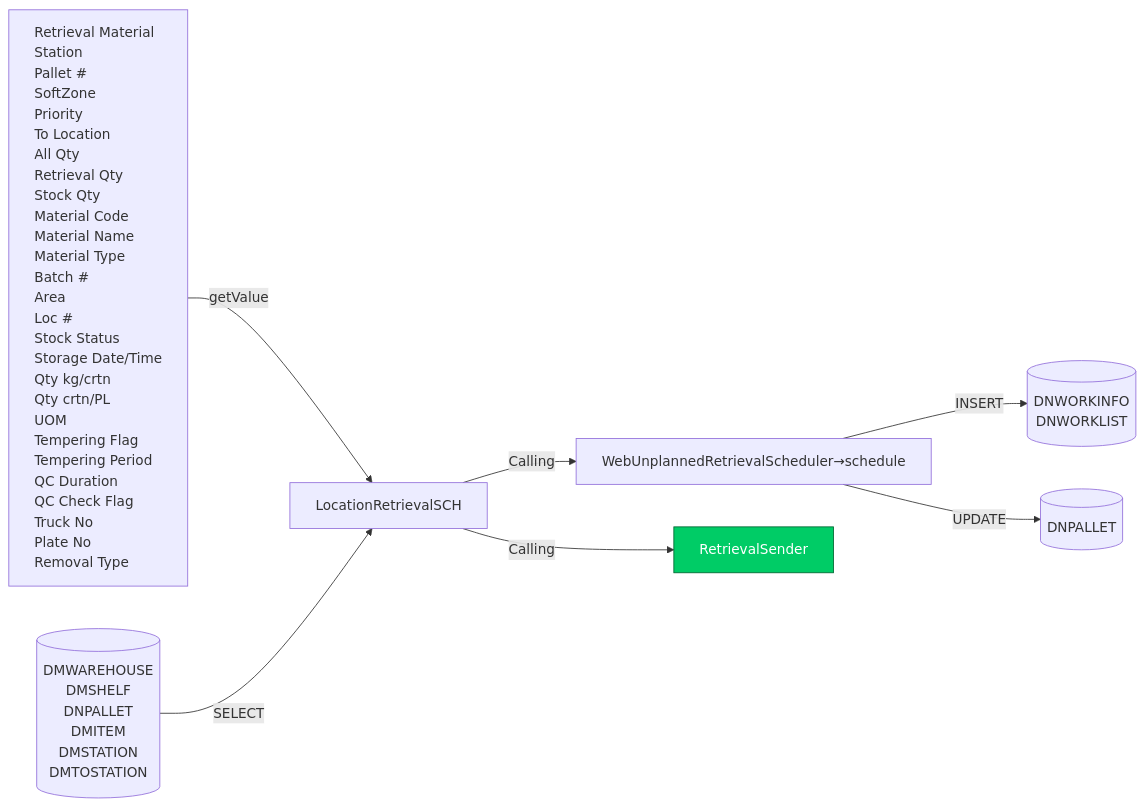
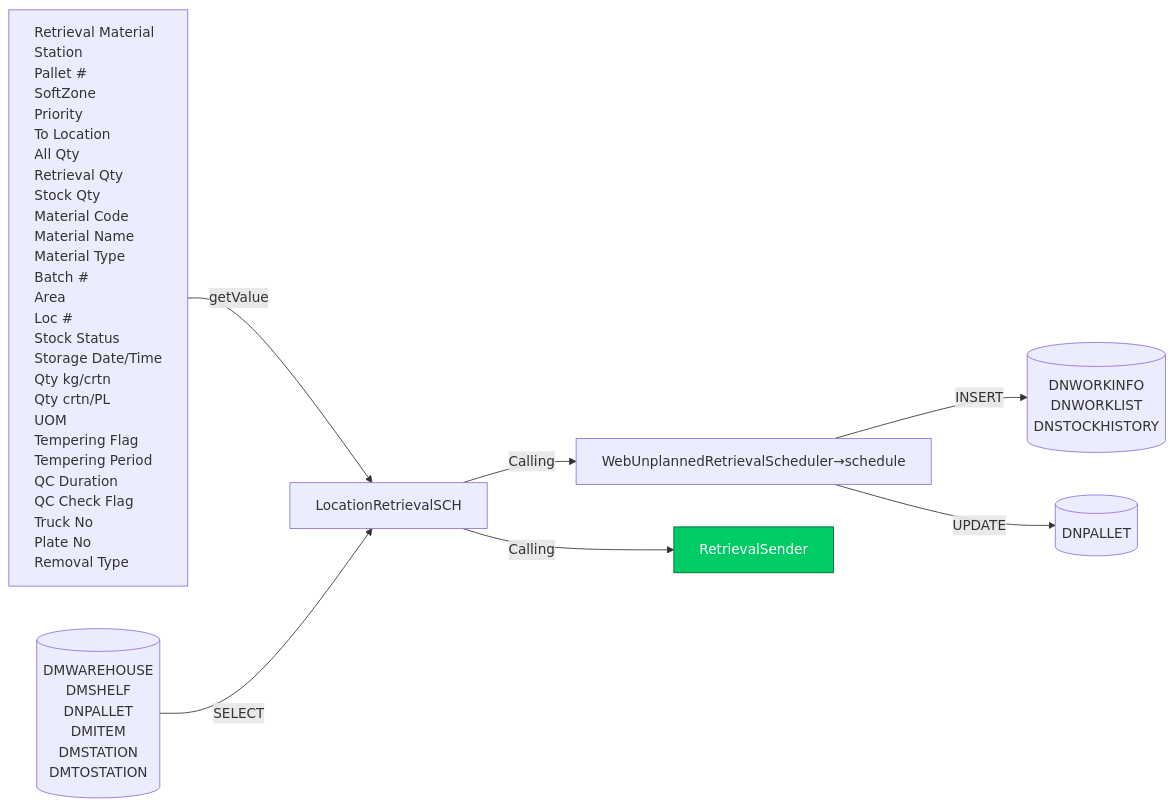
The sixth of 19 diagrams in Basic-Design/DFD-WMS/Retrieval/Specific-Location-Retrieval-Setting.md (luthfiadityaa/SimeDarby-Wiki), drawn with Mermaid before and after one commit.

Commit message:
Updated Specific Location Retrieval Setting

```diff
--- a/Basic-Design/DFD-WMS/Retrieval/Specific-Location-Retrieval-Setting.md
+++ b/Basic-Design/DFD-WMS/Retrieval/Specific-Location-Retrieval-Setting.md
@@ -164,63 +164,64 @@
 ::: mermaid
 flowchart LR
     input[
         Retrieval Material
         Station
         Pallet #
         SoftZone
         Priority
         To Location
         All Qty
         Retrieval Qty
         Stock Qty
         Material Code
         Material Name
         Material Type
         Batch #
         Area
         Loc #
         Stock Status
         Storage Date/Time
         Qty kg/crtn
         Qty crtn/PL
         UOM
         Tempering Flag
         Tempering Period
         QC Duration
         QC Check Flag
         Truck No
         Plate No
         Removal Type
     ]
 
     tableList-insert[("
         DNWORKINFO
         DNWORKLIST
+        DNSTOCKHISTORY
     ")]
 
      tableList-select[("
         DMWAREHOUSE
         DMSHELF
         DNPALLET
         DMITEM
         DMSTATION
         DMTOSTATION
     ")]
 
     tableList-update[("
         DNPALLET
     ")]
 
      className[LocationRetrievalSCH]
     className--> |Calling| className2[WebUnplannedRetrievalScheduler→schedule] --> |INSERT| tableList-insert
     input --> |getValue| className 
     className--> |Calling| P1[RetrievalSender]
     className2 --> |UPDATE| tableList-update
     tableList-select --> |SELECT| className
 
     click P1 "https://dev.azure.com/Daifuku-SW/ID_SimeDarbyPlantation/_wiki/wikis/ID_SimeDarbyPlantation.wiki/956/Stacked-Empty-Pallet?anchor=retrieval-sender" "Go to Retrieval Retrieval Sender"
     style P1 fill:#00cc66,stroke:#006633,color:#ffffff
 
     classDef leftAlign text-align:left;
     class input leftAlign;
 :::
```
